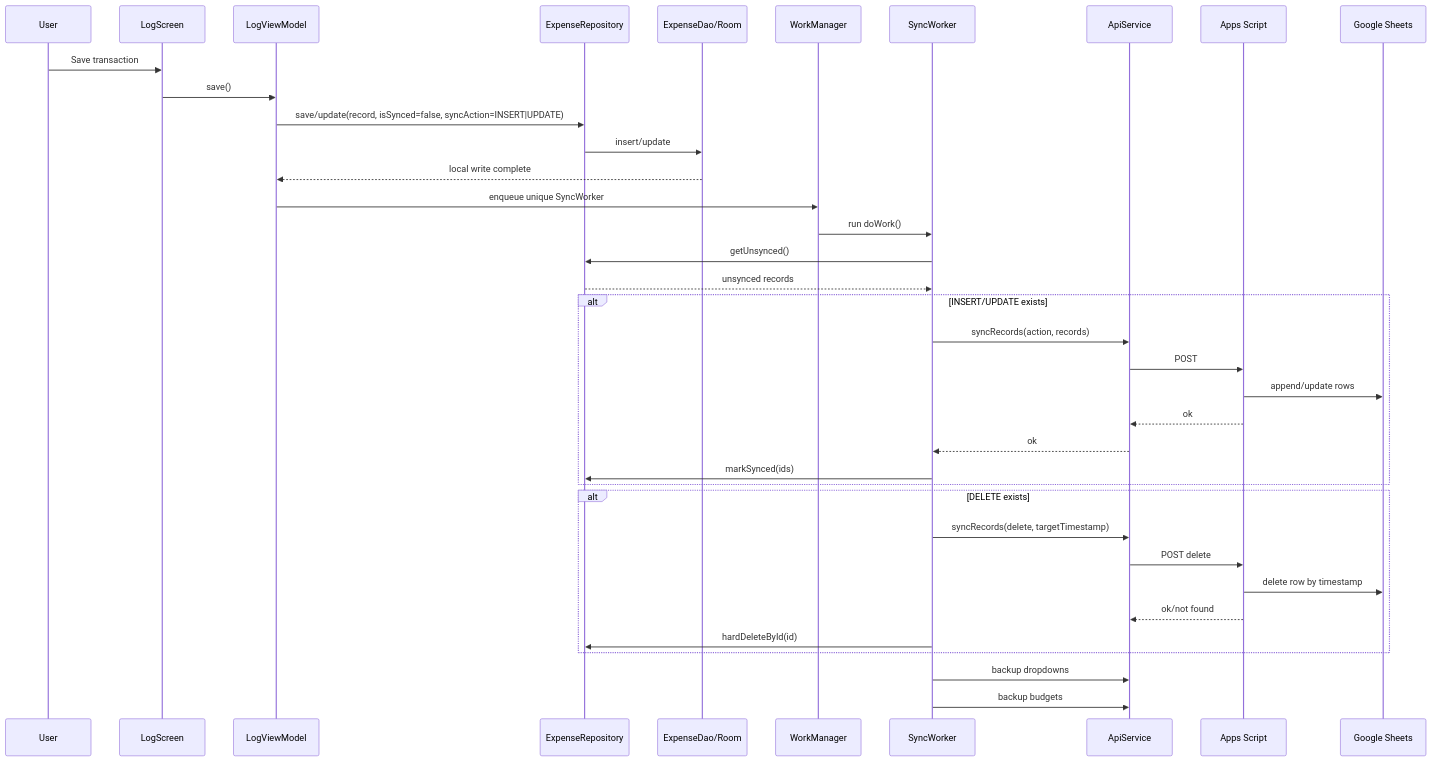
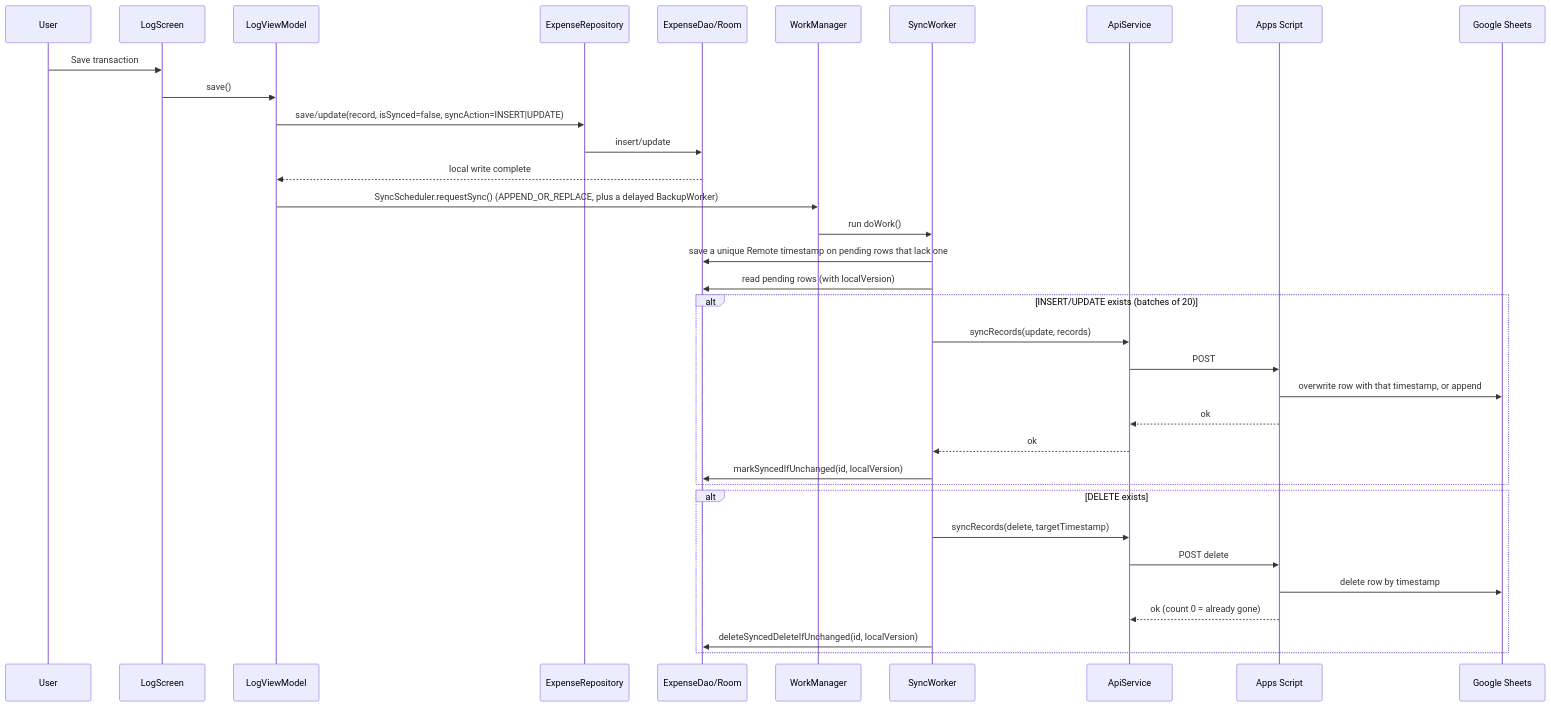
One commit to issaczerubbabela/L-Edgar changed the third of 5 diagrams in docs/ARCHITECTURE.md. Above: the diagram before and after it, drawn with Mermaid. The commit also changed other lines of this file and 29 other files, not shown here.

````diff
--- a/docs/ARCHITECTURE.md
+++ b/docs/ARCHITECTURE.md
@@ -98,44 +98,41 @@
 ```mermaid
 sequenceDiagram
     participant User
     participant LogScreen
     participant LogVM as LogViewModel
     participant Repo as ExpenseRepository
     participant Room as ExpenseDao/Room
     participant WM as WorkManager
     participant Worker as SyncWorker
     participant API as ApiService
     participant GAS as Apps Script
     participant Sheet as Google Sheets
 
     User->>LogScreen: Save transaction
     LogScreen->>LogVM: save()
     LogVM->>Repo: save/update(record, isSynced=false, syncAction=INSERT|UPDATE)
     Repo->>Room: insert/update
     Room-->>LogVM: local write complete
-    LogVM->>WM: enqueue unique SyncWorker
+    LogVM->>WM: SyncScheduler.requestSync() (APPEND_OR_REPLACE, plus a delayed BackupWorker)
 
     WM->>Worker: run doWork()
-    Worker->>Repo: getUnsynced()
-    Repo-->>Worker: unsynced records
+    Worker->>Room: save a unique Remote timestamp on pending rows that lack one
+    Worker->>Room: read pending rows (with localVersion)
 
-    alt INSERT/UPDATE exists
-        Worker->>API: syncRecords(action, records)
+    alt INSERT/UPDATE exists (batches of 20)
+        Worker->>API: syncRecords(update, records)
         API->>GAS: POST
-        GAS->>Sheet: append/update rows
+        GAS->>Sheet: overwrite row with that timestamp, or append
         GAS-->>API: ok
         API-->>Worker: ok
-        Worker->>Repo: markSynced(ids)
+        Worker->>Room: markSyncedIfUnchanged(id, localVersion)
     end
 
     alt DELETE exists
         Worker->>API: syncRecords(delete, targetTimestamp)
         API->>GAS: POST delete
         GAS->>Sheet: delete row by timestamp
-        GAS-->>API: ok/not found
-        Worker->>Repo: hardDeleteById(id)
+        GAS-->>API: ok (count 0 = already gone)
+        Worker->>Room: deleteSyncedDeleteIfUnchanged(id, localVersion)
     end
-
-    Worker->>API: backup dropdowns
-    Worker->>API: backup budgets
 ```
````
